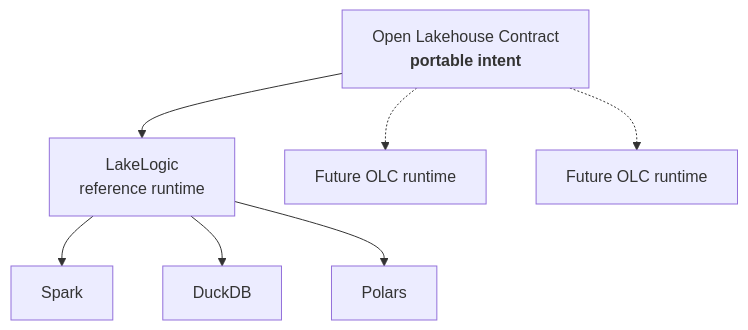
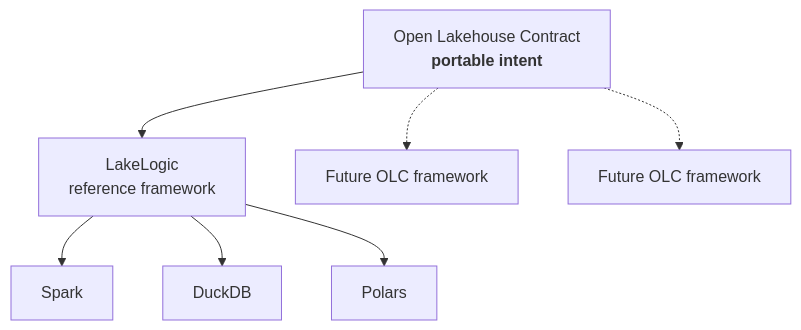
One commit to LakeLogic/open-lakehouse-contract changed the second of 2 diagrams in docs/concepts/what-is-olc.md. Above: the diagram before and after it, drawn with Mermaid. The commit also changed other lines of this file and 32 other files, not shown here.

````diff
--- a/docs/concepts/what-is-olc.md
+++ b/docs/concepts/what-is-olc.md
@@ -67,9 +67,9 @@
 ```mermaid
 flowchart TD
-    OLC[Open Lakehouse Contract<br/><b>portable intent</b>] --> R1[LakeLogic<br/>reference runtime]
-    OLC -.-> R2[Future OLC runtime]
-    OLC -.-> R3[Future OLC runtime]
+    OLC[Open Lakehouse Contract<br/><b>portable intent</b>] --> R1[LakeLogic<br/>reference framework]
+    OLC -.-> R2[Future OLC framework]
+    OLC -.-> R3[Future OLC framework]
     R1 --> E1[Spark]
     R1 --> E2[DuckDB]
     R1 --> E3[Polars]
 ```
````
